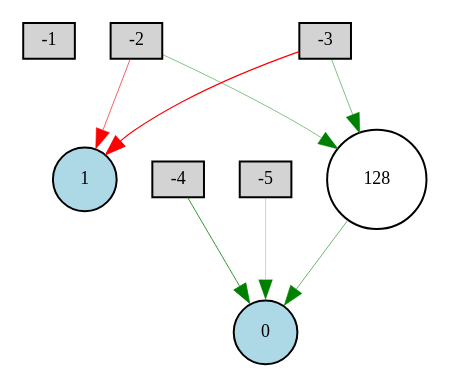
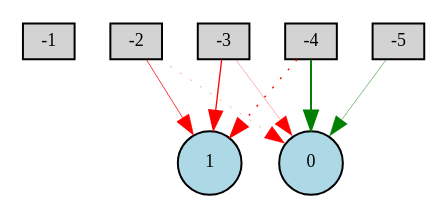
The diagram in Jupyter Notebook/Digraph.gv (ikergarcia1996/NeuroEvolution-Flappy-Bird), drawn with Graphviz before and after one commit. The commit also changed 2 other files, not shown here.

```diff
--- a/Jupyter Notebook/Digraph.gv
+++ b/Jupyter Notebook/Digraph.gv
@@ -1,18 +1,17 @@
 digraph {
 	node [fontsize=9 height=0.2 shape=circle width=0.2]
 	-1 [fillcolor=lightgray shape=box style=filled]
 	-2 [fillcolor=lightgray shape=box style=filled]
 	-3 [fillcolor=lightgray shape=box style=filled]
 	-4 [fillcolor=lightgray shape=box style=filled]
 	-5 [fillcolor=lightgray shape=box style=filled]
 	0 [fillcolor=lightblue style=filled]
 	1 [fillcolor=lightblue style=filled]
-	128 [fillcolor=white style=filled]
-	-2 -> 1 [color=red penwidth=0.3152033499131208 style=solid]
-	-3 -> 1 [color=red penwidth=0.5527229326639675 style=solid]
-	-4 -> 0 [color=green penwidth=0.4053634559607575 style=solid]
-	-5 -> 0 [color=green penwidth=0.1297125388563504 style=solid]
-	-3 -> 128 [color=green penwidth=0.2513289672539214 style=solid]
-	128 -> 0 [color=green penwidth=0.2933397527919861 style=solid]
-	-2 -> 128 [color=green penwidth=0.237981676473246 style=solid]
+	-2 -> 0 [color=red penwidth=0.19227272403368853 style=dotted]
+	-2 -> 1 [color=red penwidth=0.395647816897579 style=solid]
+	-3 -> 1 [color=red penwidth=0.6483305453623568 style=solid]
+	-4 -> 0 [color=green penwidth=0.9879297191345928 style=solid]
+	-4 -> 1 [color=red penwidth=0.7048408456267271 style=dotted]
+	-5 -> 0 [color=green penwidth=0.26405719926818105 style=solid]
+	-3 -> 0 [color=red penwidth=0.15695491207485573 style=solid]
 }
```
